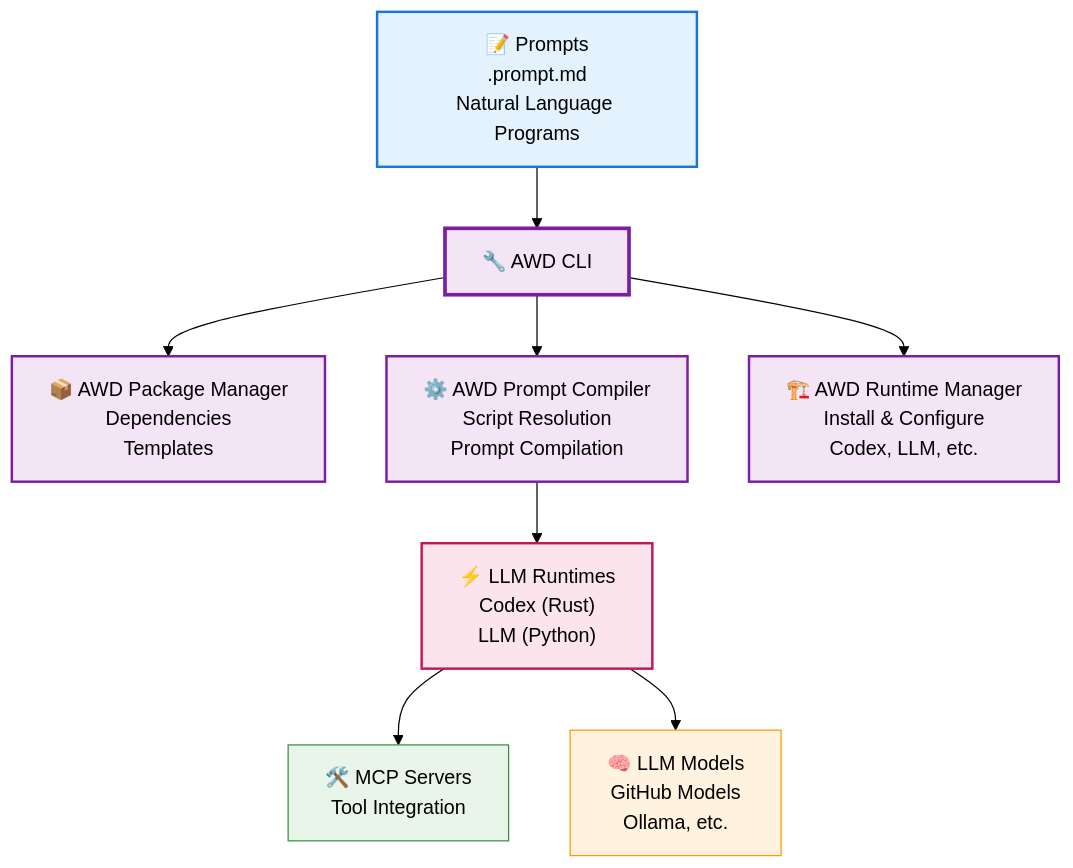
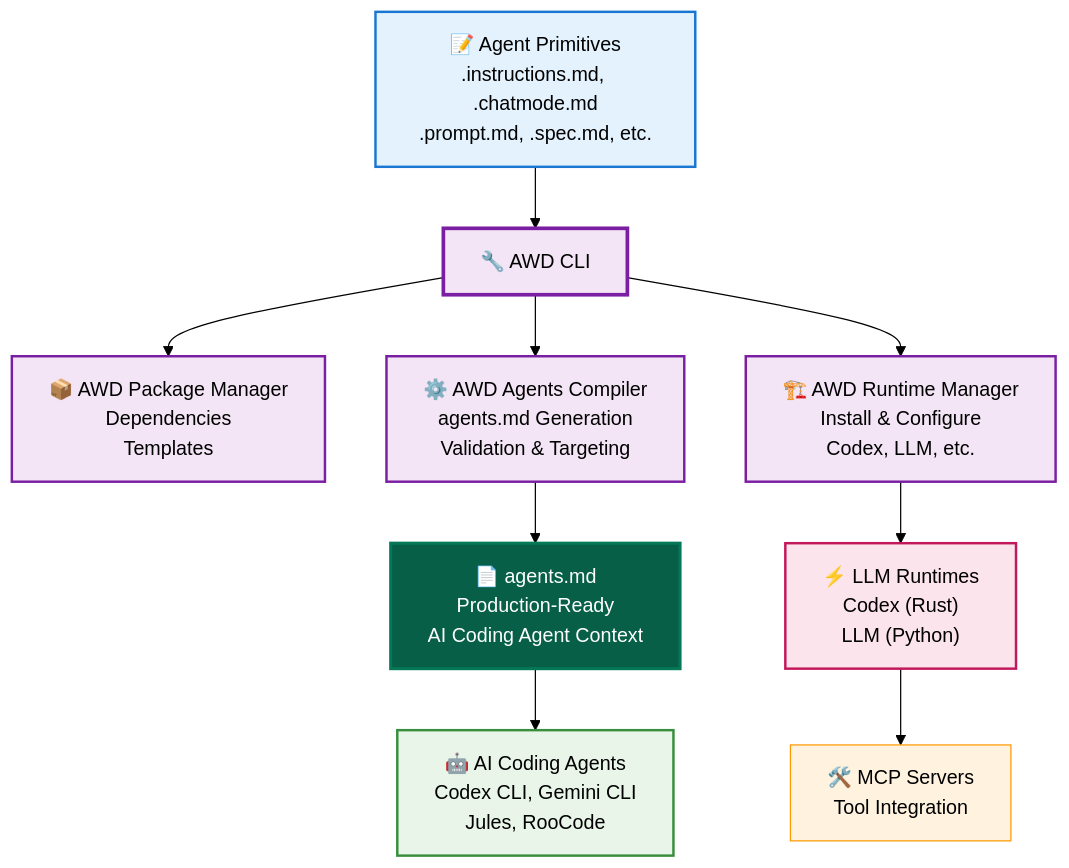
One commit to danielmeppiel/apm-cli changed the diagram in README.md. Above: the diagram before and after it, drawn with Mermaid (forest theme). The commit also changed other lines of this file and 11 other files, not shown here.

First line of the commit message:
feat: Add GitHub Copilot Mastery Guide and Agents.md Implementation Strategy

````diff
--- a/README.md
+++ b/README.md
@@ -188,22 +191,24 @@
 ```mermaid
 graph TD
-    A["📝 Prompts<br/>.prompt.md<br/>Natural Language Programs"] --> B["🔧 AWD CLI"]
+    A["📝 Agent Primitives<br/>.instructions.md, .chatmode.md<br/>.prompt.md, .spec.md, etc."] --> B["🔧 AWD CLI"]
     
     B --> D["📦 AWD Package Manager<br/>Dependencies<br/>Templates"]
-    B --> C["⚙️ AWD Prompt Compiler<br/>Script Resolution<br/>Prompt Compilation"]
+    B --> C["⚙️ AWD Agents Compiler<br/>agents.md Generation<br/>Validation & Targeting"]
     B --> E["🏗️ AWD Runtime Manager<br/>Install & Configure<br/>Codex, LLM, etc."]
     
-    C --> F["⚡ LLM Runtimes<br/>Codex (Rust)<br/>LLM (Python)"]
+    C --> F["📄 agents.md<br/>Production-Ready<br/>AI Coding Agent Context"]
+    E --> G["⚡ LLM Runtimes<br/>Codex (Rust)<br/>LLM (Python)"]
     
-    F --> G["🛠️ MCP Servers<br/>Tool Integration"]
-    F --> H["🧠 LLM Models<br/>GitHub Models<br/>Ollama, etc."]
+    F --> H["🤖 AI Coding Agents<br/>Codex CLI, Gemini CLI<br/>Jules, RooCode"]
+    G --> I["🛠️ MCP Servers<br/>Tool Integration"]
     
     style A fill:#e3f2fd,stroke:#1976d2,stroke-width:2px,color:#000
     style B fill:#f3e5f5,stroke:#7b1fa2,stroke-width:3px,color:#000
     style C fill:#f3e5f5,stroke:#7b1fa2,stroke-width:2px,color:#000
     style D fill:#f3e5f5,stroke:#7b1fa2,stroke-width:2px,color:#000
     style E fill:#f3e5f5,stroke:#7b1fa2,stroke-width:2px,color:#000
-    style F fill:#fce4ec,stroke:#c2185b,stroke-width:2px,color:#000
-    style G fill:#e8f5e8,stroke:#388e3c,stroke-width:1px,color:#000
-    style H fill:#fff3e0,stroke:#ff9800,stroke-width:1px,color:#000
+    style F fill:#065f46,stroke:#047857,stroke-width:2.5px,color:#ffffff
+    style G fill:#fce4ec,stroke:#c2185b,stroke-width:2px,color:#000
+    style H fill:#e8f5e8,stroke:#388e3c,stroke-width:2px,color:#000
+    style I fill:#fff3e0,stroke:#ff9800,stroke-width:1px,color:#000
 ```
````
